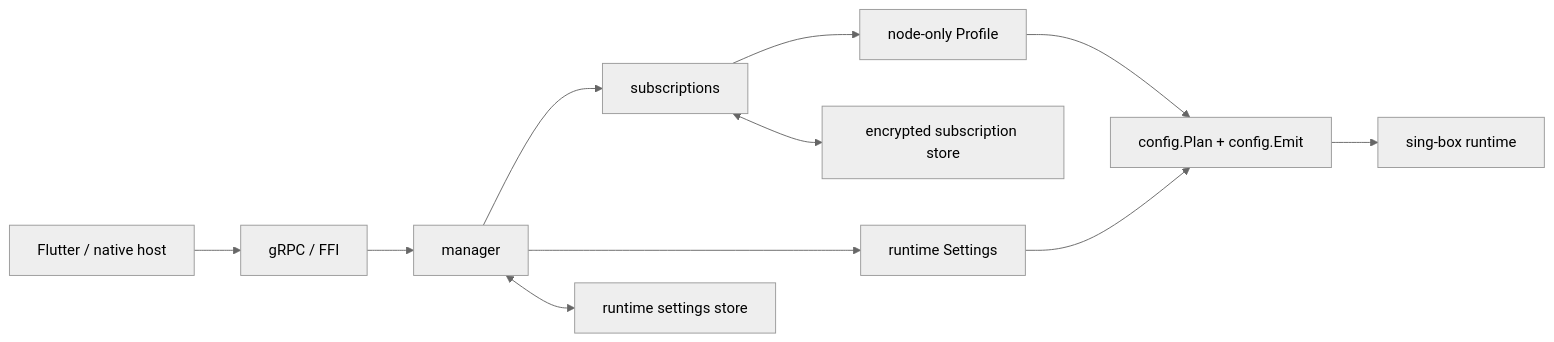
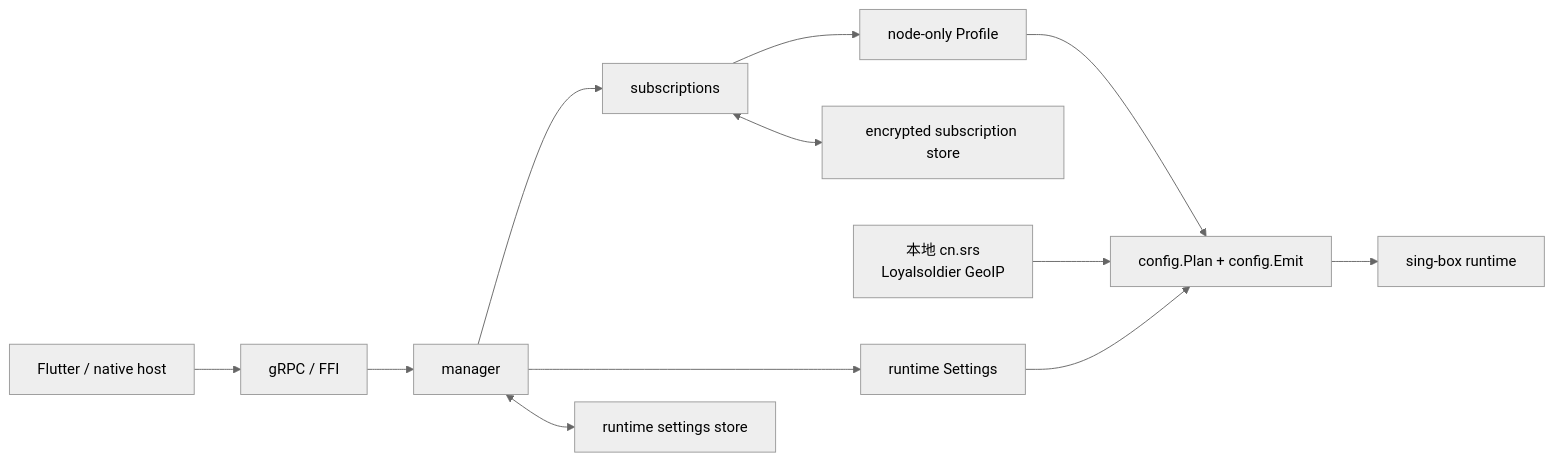
Before and after one commit to TargetProxy/TargetLib: the first of 2 diagrams in docs/DESIGN.md, drawn with Mermaid (neutral theme). The commit also changed other lines of this file and 8 other files, not shown here.

````diff
--- a/docs/DESIGN.md
+++ b/docs/DESIGN.md
@@ -17,13 +17,14 @@
 ```mermaid
 flowchart LR
     HOST["Flutter / native host"] --> API["gRPC / FFI"]
     API --> MANAGER["manager"]
     MANAGER --> SUB["subscriptions"]
     SUB --> PROFILE["node-only Profile"]
     PROFILE --> CONFIG["config.Plan + config.Emit"]
     MANAGER --> SETTINGS["runtime Settings"]
     SETTINGS --> CONFIG
+    SRS["本地 cn.srs<br/>Loyalsoldier GeoIP"] --> CONFIG
     CONFIG --> BOX["sing-box runtime"]
     SUB <--> STORE["encrypted subscription store"]
     MANAGER <--> RSTORE["runtime settings store"]
 ```
````
